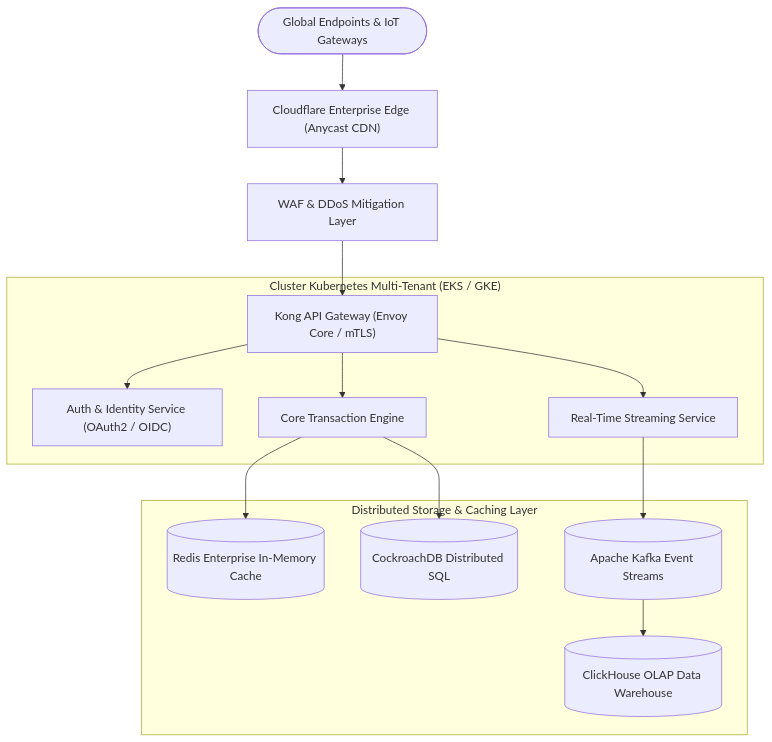
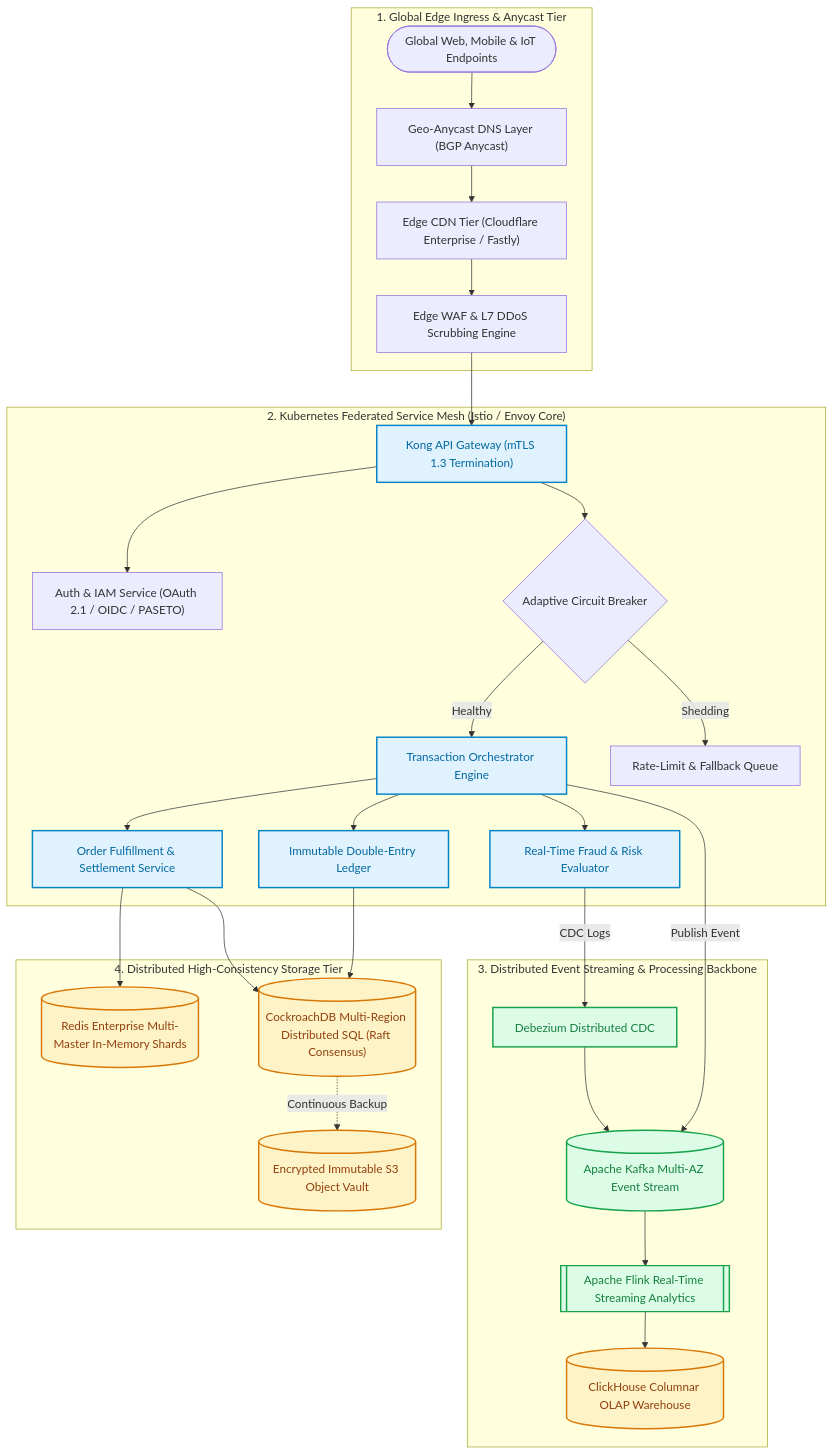
The first of 4 diagrams in apps/cli/markforge/docs/document.md (masumrpg/react-native-library), drawn with Mermaid before and after one commit. The commit also changed other lines of this file and 1 other file, not shown here.

Commit message:
docs(document): expand enterprise architecture specification with advanced models and topologies

````diff
--- a/apps/cli/markforge/docs/document.md
+++ b/apps/cli/markforge/docs/document.md
@@ -108,19 +98,43 @@
 ```mermaid
 flowchart TD
-    Client(["Global Endpoints & IoT Gateways"]) --> CDN["Cloudflare Enterprise Edge (Anycast CDN)"]
-    CDN --> WAF["WAF & DDoS Mitigation Layer"]
-    WAF --> Gateway["Kong API Gateway (Envoy Core / mTLS)"]
-    
-    subgraph Microservices ["Cluster Kubernetes Multi-Tenant (EKS / GKE)"]
-        Gateway --> AuthSvc["Auth & Identity Service (OAuth2 / OIDC)"]
-        Gateway --> OrderSvc["Core Transaction Engine"]
-        Gateway --> AnalyticsSvc["Real-Time Streaming Service"]
+    subgraph Edge ["1. Global Edge Ingress & Anycast Tier"]
+        Client(["Global Web, Mobile & IoT Endpoints"]) --> AnycastDNS["Geo-Anycast DNS Layer (BGP Anycast)"]
+        AnycastDNS --> CDN["Edge CDN Tier (Cloudflare Enterprise / Fastly)"]
+        CDN --> EdgeWAF["Edge WAF & L7 DDoS Scrubbing Engine"]
     end
-    
-    subgraph Storage ["Distributed Storage & Caching Layer"]
-        OrderSvc --> RedisCluster[("Redis Enterprise In-Memory Cache")]
-        OrderSvc --> CockroachDB[("CockroachDB Distributed SQL")]
-        AnalyticsSvc --> KafkaBus[("Apache Kafka Event Streams")]
-        KafkaBus --> ClickHouse[("ClickHouse OLAP Data Warehouse")]
+
+    subgraph Mesh ["2. Kubernetes Federated Service Mesh (Istio / Envoy Core)"]
+        EdgeWAF --> APIGateway["Kong API Gateway (mTLS 1.3 Termination)"]
+        APIGateway --> AuthEngine["Auth & IAM Service (OAuth 2.1 / OIDC / PASETO)"]
+        APIGateway --> CircuitBreaker{"Adaptive Circuit Breaker"}
+        
+        CircuitBreaker -->|Healthy| TransSvc["Transaction Orchestrator Engine"]
+        CircuitBreaker -->|Shedding| FallbackSvc["Rate-Limit & Fallback Queue"]
+        
+        TransSvc --> RiskEngine["Real-Time Fraud & Risk Evaluator"]
+        TransSvc --> OrderEngine["Order Fulfillment & Settlement Service"]
+        TransSvc --> LedgerSvc["Immutable Double-Entry Ledger"]
     end
+
+    subgraph EventStream ["3. Distributed Event Streaming & Processing Backbone"]
+        TransSvc -->|Publish Event| KafkaCluster[("Apache Kafka Multi-AZ Event Stream")]
+        RiskEngine -->|CDC Logs| Debezium["Debezium Distributed CDC"]
+        Debezium --> KafkaCluster
+        KafkaCluster --> FlinkWorkers[["Apache Flink Real-Time Streaming Analytics"]]
+        FlinkWorkers --> ClickHouse[("ClickHouse Columnar OLAP Warehouse")]
+    end
+
+    subgraph Persistence ["4. Distributed High-Consistency Storage Tier"]
+        OrderEngine --> RedisCluster[("Redis Enterprise Multi-Master In-Memory Shards")]
+        LedgerSvc --> CockroachCluster[("CockroachDB Multi-Region Distributed SQL (Raft Consensus)")]
+        OrderEngine --> CockroachCluster
+        CockroachCluster -.->|Continuous Backup| S3Glacier[("Encrypted Immutable S3 Object Vault")]
+    end
+
+    classDef primary fill:#E0F2FE,stroke:#0284C7,stroke-width:2px,color:#0369A1;
+    classDef storage fill:#FEF3C7,stroke:#D97706,stroke-width:2px,color:#92400E;
+    classDef event fill:#DCFCE7,stroke:#16A34A,stroke-width:2px,color:#15803D;
+    class APIGateway,TransSvc,RiskEngine,OrderEngine,LedgerSvc primary;
+    class CockroachCluster,RedisCluster,ClickHouse,S3Glacier storage;
+    class KafkaCluster,FlinkWorkers,Debezium event;
 ```
````
